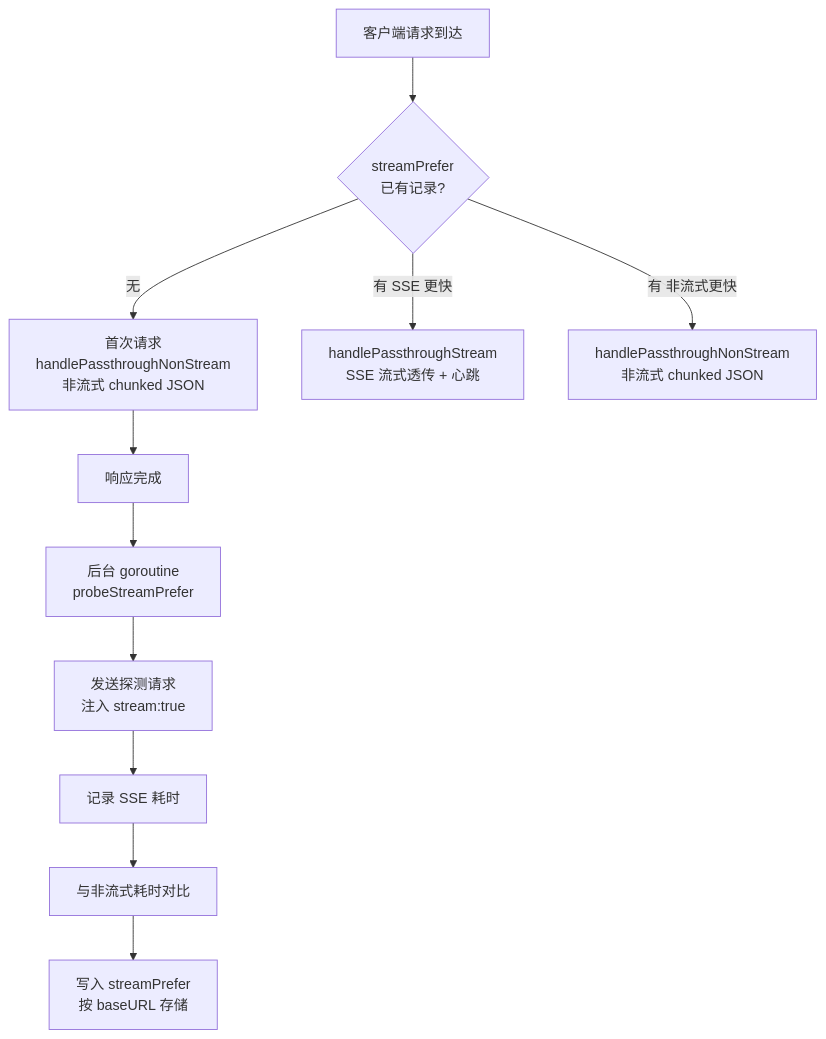
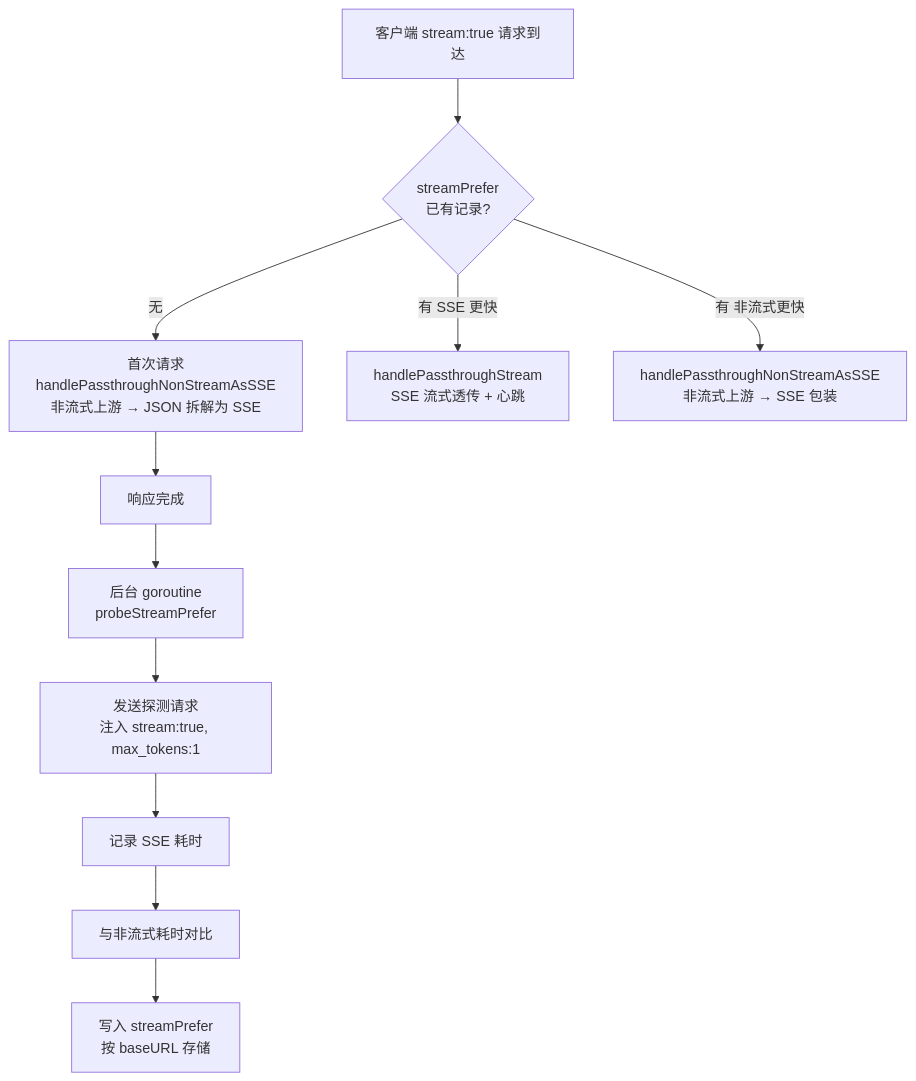
Before and after one commit to yejinlei/agent-proxy: the seventh of 14 diagrams in docs/DESIGN.md, drawn with Mermaid. The commit also changed other lines of this file and 8 other files, not shown here.

````diff
--- a/docs/DESIGN.md
+++ b/docs/DESIGN.md
@@ -203,13 +191,13 @@
 ```mermaid
 flowchart TD
-    A[客户端请求到达] --> B{streamPrefer<br/>已有记录?}
-    B -->|无| C[首次请求<br/>handlePassthroughNonStream<br/>非流式 chunked JSON]
+    A[客户端 stream:true 请求到达] --> B{streamPrefer<br/>已有记录?}
+    B -->|无| C[首次请求<br/>handlePassthroughNonStreamAsSSE<br/>非流式上游 → JSON 拆解为 SSE]
     B -->|有 SSE 更快| D[handlePassthroughStream<br/>SSE 流式透传 + 心跳]
-    B -->|有 非流式更快| E[handlePassthroughNonStream<br/>非流式 chunked JSON]
+    B -->|有 非流式更快| E[handlePassthroughNonStreamAsSSE<br/>非流式上游 → SSE 包装]
     C --> F[响应完成]
     F --> G[后台 goroutine<br/>probeStreamPrefer]
-    G --> H[发送探测请求<br/>注入 stream:true]
+    G --> H[发送探测请求<br/>注入 stream:true, max_tokens:1]
     H --> I[记录 SSE 耗时]
     I --> J[与非流式耗时对比]
     J --> K[写入 streamPrefer<br/>按 baseURL 存储]
 ```
````
